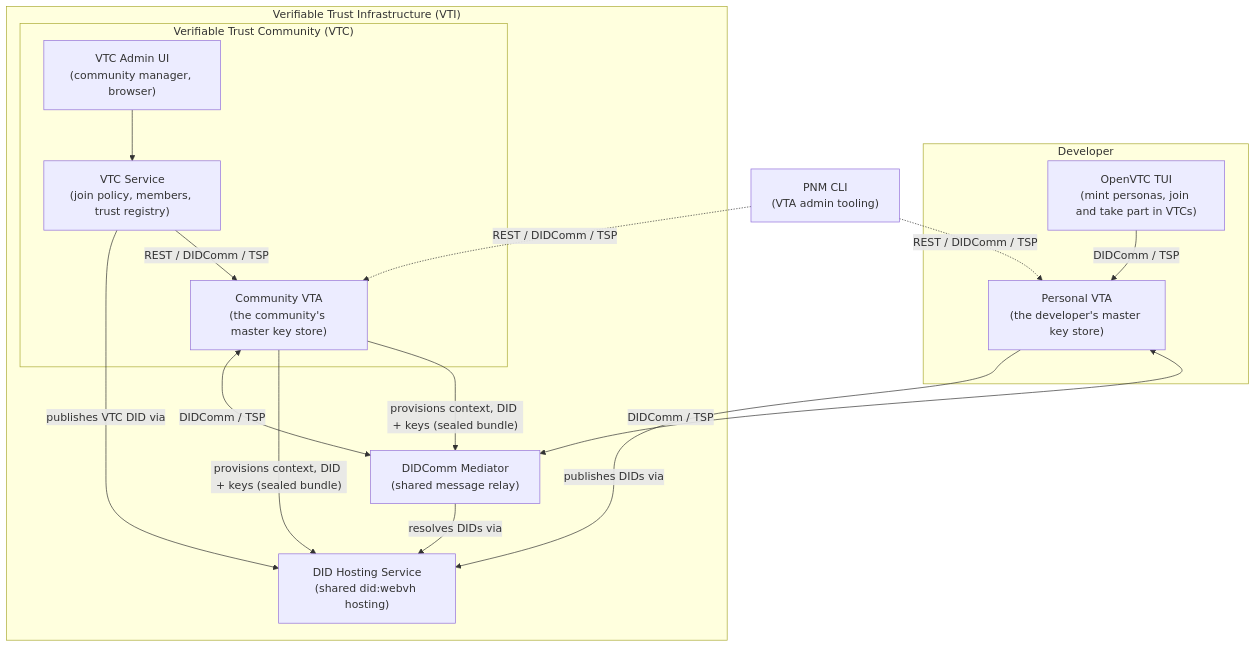
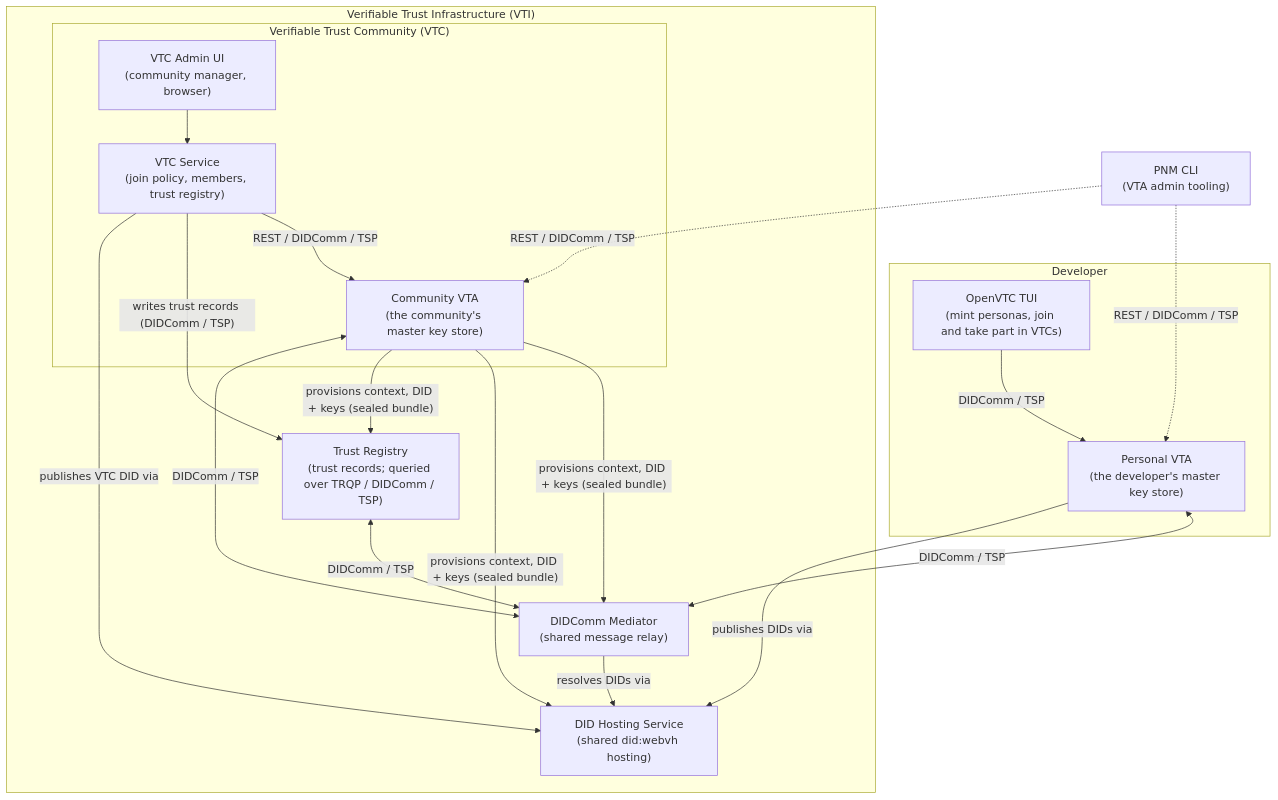
The diagram in README.md (OpenVTC/vti-setup), drawn with Mermaid before and after one commit. The commit also changed other lines of this file and 5 other files, not shown here.

````diff
--- a/README.md
+++ b/README.md
@@ -33,32 +33,36 @@
 ```mermaid
 graph TB
     subgraph DEV["Developer"]
         OVTC["OpenVTC TUI\n(mint personas, join and take part in VTCs)"]
         PVTA["Personal VTA\n(the developer's master key store)"]
     end
 
     subgraph VTI["Verifiable Trust Infrastructure (VTI)"]
         subgraph COMM["Verifiable Trust Community (VTC)"]
             ADMIN["VTC Admin UI\n(community manager, browser)"]
             VTC["VTC Service\n(join policy, members, trust registry)"]
             CVTA["Community VTA\n(the community's master key store)"]
         end
+        TR["Trust Registry\n(trust records; queried over TRQP / DIDComm / TSP)"]
         MED["DIDComm Mediator\n(shared message relay)"]
         DIDHost["DID Hosting Service\n(shared did:webvh hosting)"]
     end
 
     PNM["PNM CLI\n(VTA admin tooling)"]
 
     OVTC -->|"DIDComm / TSP"| PVTA
     ADMIN --> VTC
     VTC -->|"REST / DIDComm / TSP"| CVTA
     PNM -.->|"REST / DIDComm / TSP"| PVTA
     PNM -.->|"REST / DIDComm / TSP"| CVTA
     CVTA -->|"provisions context, DID + keys (sealed bundle)"| MED
     CVTA -->|"provisions context, DID + keys (sealed bundle)"| DIDHost
+    CVTA -->|"provisions context, DID + keys (sealed bundle)"| TR
+    VTC -->|"writes trust records (DIDComm / TSP)"| TR
+    TR <-->|"DIDComm / TSP"| MED
     PVTA <-->|"DIDComm / TSP"| MED
     CVTA <-->|"DIDComm / TSP"| MED
     PVTA -->|"publishes DIDs via"| DIDHost
     VTC -->|"publishes VTC DID via"| DIDHost
     MED -->|"resolves DIDs via"| DIDHost
 ```
````
